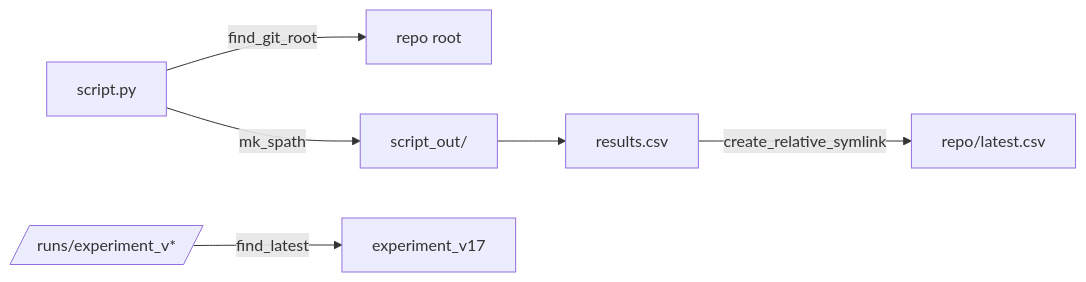
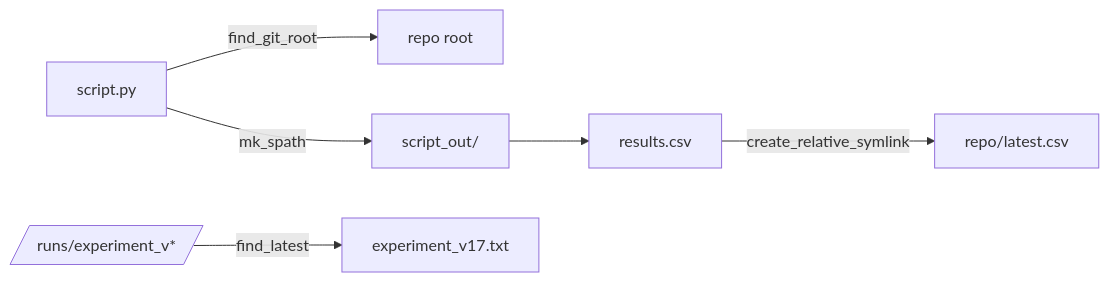
The diagram in README.md (ywatanabe1989/scitex-path), drawn with Mermaid before and after one commit. The commit also changed other lines of this file and 3 other files, not shown here.

````diff
--- a/README.md
+++ b/README.md
@@ -105,8 +110,8 @@
 ```mermaid
 flowchart LR
     A[script.py] -->|find_git_root| B[repo root]
     A -->|mk_spath| C[script_out/]
     C --> D[results.csv]
     D -->|create_relative_symlink| E[repo/latest.csv]
-    F[/runs/experiment_v*/] -->|find_latest| G[experiment_v17]
+    F[/runs/experiment_v*/] -->|find_latest| G[experiment_v17.txt]
 ```
````
